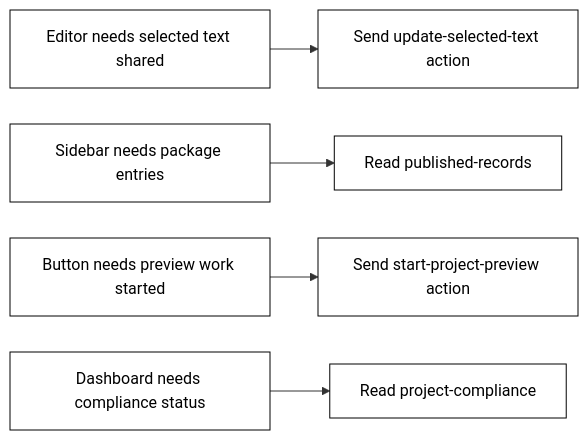
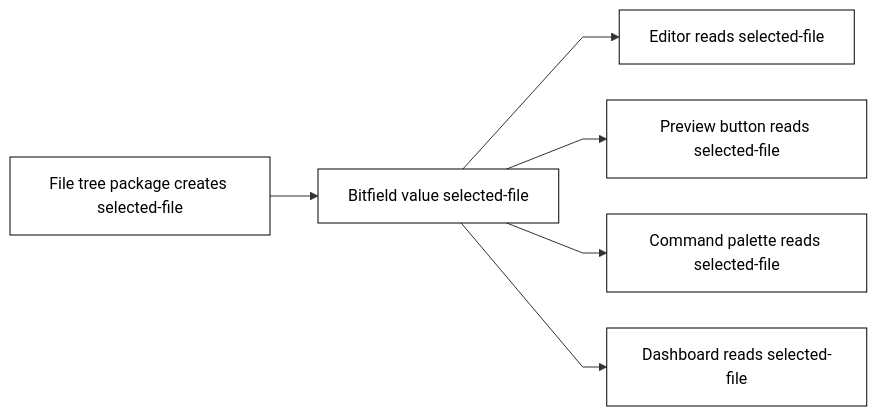
The second of 2 diagrams in runtime-kit/build-without-tangled-code/translate-traditional-code.mdx (kngf222/bitfield-docs), drawn with Mermaid before and after one commit. The commit also changed other lines of this file, not shown here.

Commit message:
docs: make mermaid flows compare same producer

````diff
--- a/runtime-kit/build-without-tangled-code/translate-traditional-code.mdx
+++ b/runtime-kit/build-without-tangled-code/translate-traditional-code.mdx
@@ -41,26 +43,24 @@
 ```mermaid
 %%{init: {'flowchart': {'nodeSpacing': 36, 'rankSpacing': 48, 'curve': 'linear'}}}%%
 flowchart LR
-  NeedText["Editor needs selected text shared"]
-  NeedSidebar["Sidebar needs package entries"]
-  NeedPreview["Button needs preview work started"]
-  NeedDashboard["Dashboard needs compliance status"]
+  Producer["File tree package creates selected-file"]
+  Bitfield["Bitfield value selected-file"]
+  Editor["Editor reads selected-file"]
+  Preview["Preview button reads selected-file"]
+  Command["Command palette reads selected-file"]
+  Dashboard["Dashboard reads selected-file"]
 
-  TextAction["Send update-selected-text action"]
-  RecordsRead["Read published-records"]
-  PreviewAction["Send start-project-preview action"]
-  ComplianceRead["Read project-compliance"]
-
-  NeedText --> TextAction
-  NeedSidebar --> RecordsRead
-  NeedPreview --> PreviewAction
-  NeedDashboard --> ComplianceRead
+  Producer --> Bitfield
+  Bitfield --> Editor
+  Bitfield --> Preview
+  Bitfield --> Command
+  Bitfield --> Dashboard
 
   classDef need fill:transparent,stroke:currentColor,color:currentColor;
   classDef request fill:transparent,stroke:currentColor,color:currentColor;
   classDef read fill:transparent,stroke:currentColor,color:currentColor;
 
-  class NeedText,NeedSidebar,NeedPreview,NeedDashboard need;
-  class TextAction,PreviewAction request;
-  class RecordsRead,ComplianceRead read;
+  class Producer need;
+  class Bitfield request;
+  class Editor,Preview,Command,Dashboard read;
 ```
````
